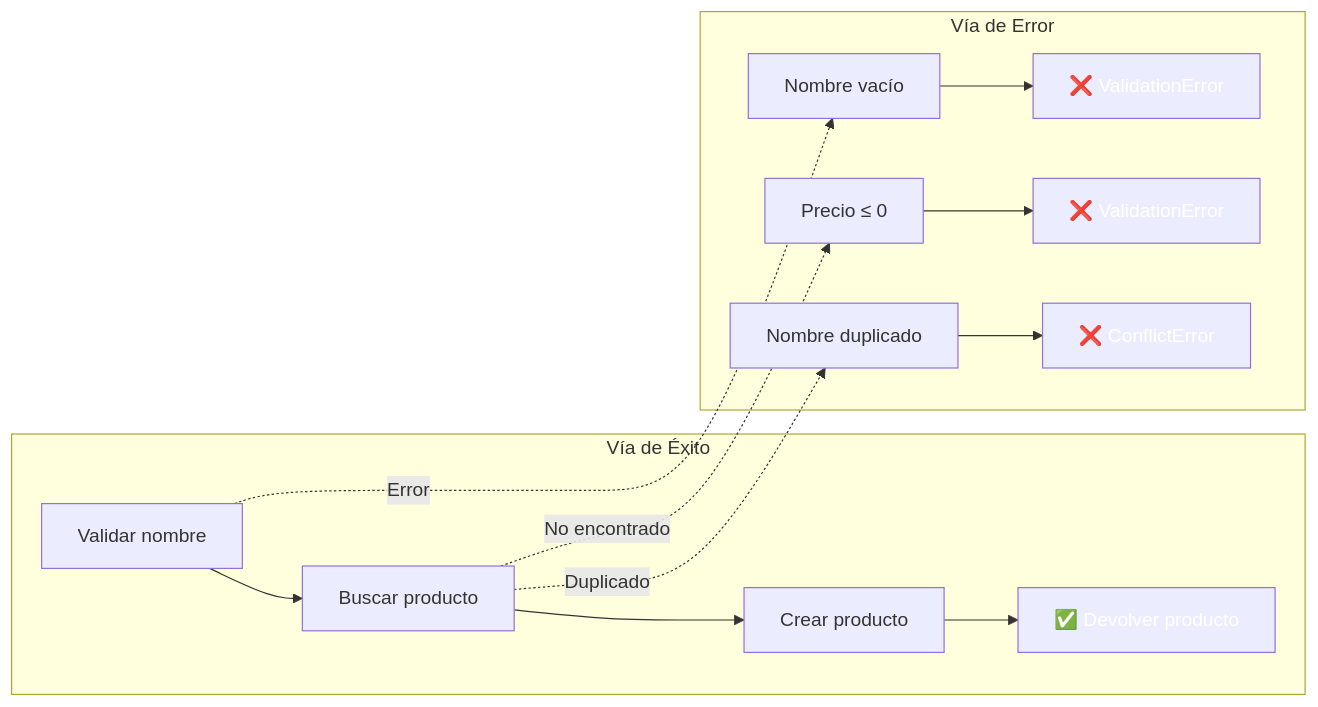
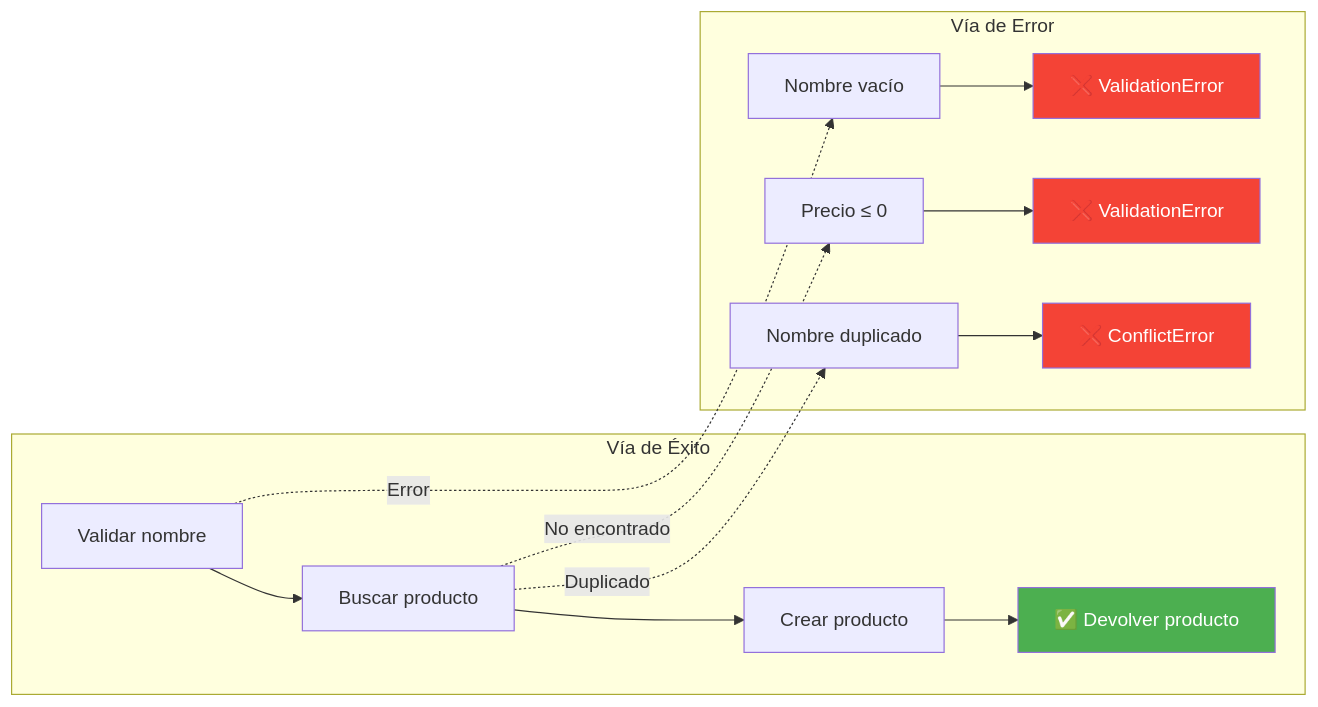
One commit to joseluisgs/DesarrolloWebEntornosServidor-02-2026-2027 changed the fourth of 4 diagrams in 07-excepciones-patron-result.md. Above: the diagram before and after it, drawn with Mermaid. The commit also changed other lines of this file and 29 other files, not shown here.

Commit message:
docs: corregir estilos Mermaid y estilo, quitar referencias a la Tienda y reestructurar los retos 13 y 15

````diff
--- a/07-excepciones-patron-result.md
+++ b/07-excepciones-patron-result.md
@@ -294,23 +294,23 @@
 ```mermaid
 flowchart LR
     subgraph "Vía de Éxito"
         S1["Validar nombre"] --> S2["Buscar producto"]
         S2 --> S3["Crear producto"]
         S3 --> S4["✅ Devolver producto"]
     end
 
     subgraph "Vía de Error"
         E1["Nombre vacío"] --> E4["❌ ValidationError"]
         E2["Precio ≤ 0"] --> E5["❌ ValidationError"]
         E3["Nombre duplicado"] --> E6["❌ ConflictError"]
     end
 
     S1 -.->|Error| E1
     S2 -.->|No encontrado| E2
     S2 -.->|Duplicado| E3
 
-    style S4 fill:#4CAF5,color:#fff0,color:#fff
-    style E4 fill:#f4433,color:#fff6,color:#fff
-    style E5 fill:#f4433,color:#fff6,color:#fff
-    style E6 fill:#f4433,color:#fff6,color:#fff
+    style S4 fill:#4CAF50,color:#fff
+    style E4 fill:#f44336,color:#fff
+    style E5 fill:#f44336,color:#fff
+    style E6 fill:#f44336,color:#fff
 ```
````
